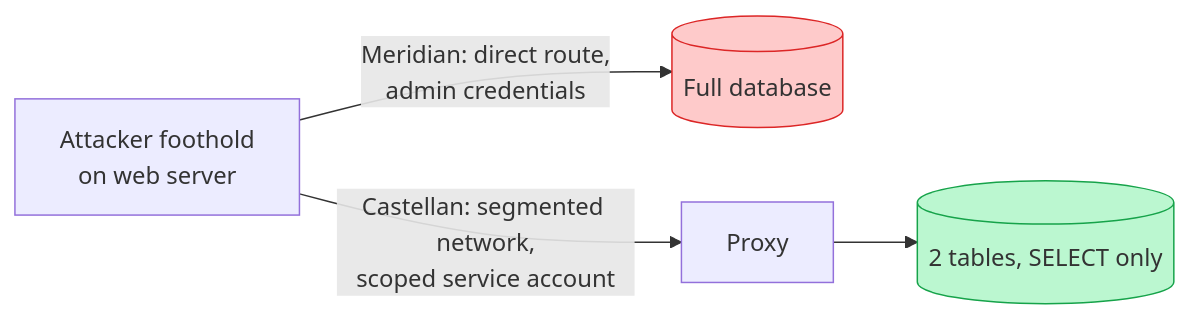
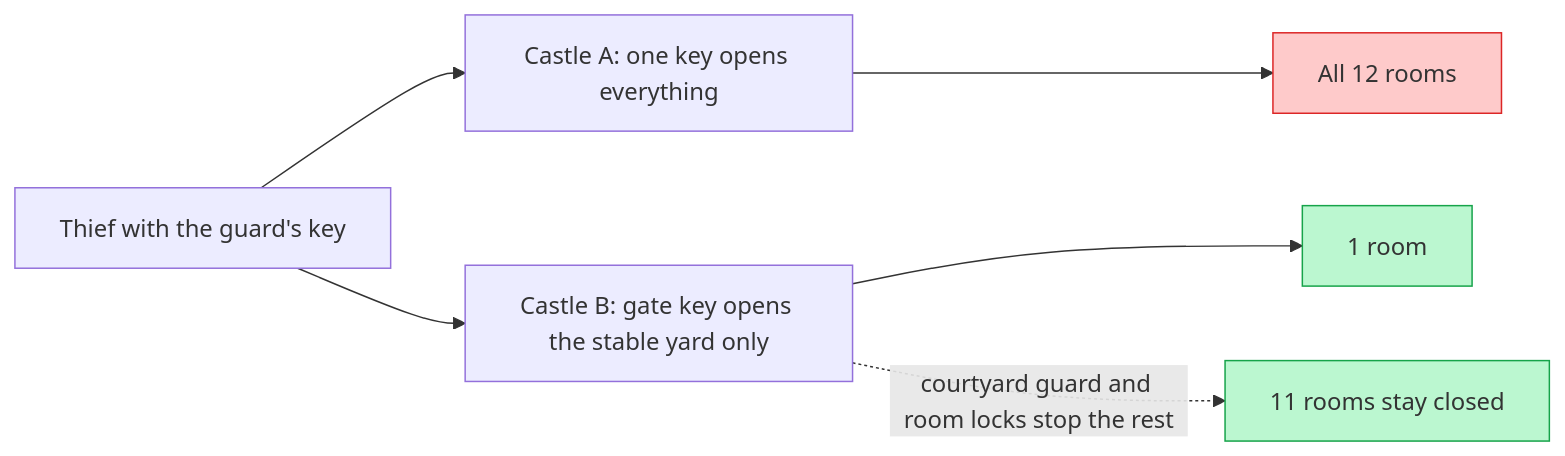
The diagram in src/content/security/defense-depth/L1-summary.mdx (francoandreDev/knowledge), drawn with Mermaid before and after one commit. The commit also changed other lines of this file and 3 other files, not shown here.

````diff
--- a/src/content/security/defense-depth/L1-summary.mdx
+++ b/src/content/security/defense-depth/L1-summary.mdx
@@ -124,7 +71,11 @@
 ```mermaid
 flowchart LR
-    A[Attacker foothold\non web server] -->|Meridian: direct route,\nadmin credentials| B[(Full database)]
-    A -->|Castellan: segmented network,\nscoped service account| C[Proxy] --> D[(2 tables, SELECT only)]
-    style B fill:#fecaca,stroke:#dc2626
-    style D fill:#bbf7d0,stroke:#16a34a
+    T["Thief with the guard's key"] --> A["Castle A: one key opens everything"]
+    T --> B["Castle B: gate key opens the stable yard only"]
+    A --> A1["All 12 rooms"]
+    B --> B1["1 room"]
+    B -. "courtyard guard and room locks stop the rest" .-> B2["11 rooms stay closed"]
+    style A1 fill:#fecaca,stroke:#dc2626
+    style B1 fill:#bbf7d0,stroke:#16a34a
+    style B2 fill:#bbf7d0,stroke:#16a34a
 ```
````
